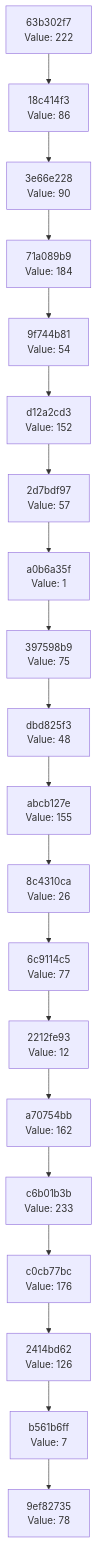
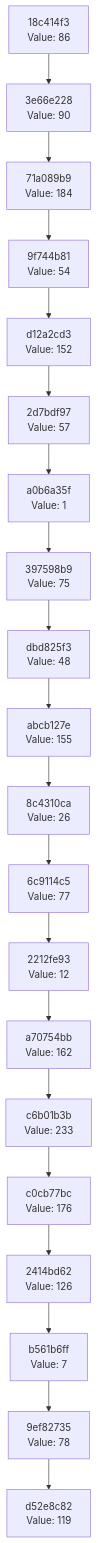
Before and after one commit to Abhisheksinha1506/hash-chain-evolver: the diagram in docs/CHAIN_VISUALIZATION.md, drawn with Mermaid. The commit also changed 3 other files, not shown here.

````diff
--- a/docs/CHAIN_VISUALIZATION.md
+++ b/docs/CHAIN_VISUALIZATION.md
@@ -3,42 +3,42 @@
 ```mermaid
 graph TD
-    C0["9ef82735<br/>Value: 78"]
-    C1["b561b6ff<br/>Value: 7"]
+    C0["d52e8c82<br/>Value: 119"]
+    C1["9ef82735<br/>Value: 78"]
     C1 --> C0
-    C2["2414bd62<br/>Value: 126"]
+    C2["b561b6ff<br/>Value: 7"]
     C2 --> C1
-    C3["c0cb77bc<br/>Value: 176"]
+    C3["2414bd62<br/>Value: 126"]
     C3 --> C2
-    C4["c6b01b3b<br/>Value: 233"]
+    C4["c0cb77bc<br/>Value: 176"]
     C4 --> C3
-    C5["a70754bb<br/>Value: 162"]
+    C5["c6b01b3b<br/>Value: 233"]
     C5 --> C4
-    C6["2212fe93<br/>Value: 12"]
+    C6["a70754bb<br/>Value: 162"]
     C6 --> C5
-    C7["6c9114c5<br/>Value: 77"]
+    C7["2212fe93<br/>Value: 12"]
     C7 --> C6
-    C8["8c4310ca<br/>Value: 26"]
+    C8["6c9114c5<br/>Value: 77"]
     C8 --> C7
-    C9["abcb127e<br/>Value: 155"]
+    C9["8c4310ca<br/>Value: 26"]
     C9 --> C8
-    C10["dbd825f3<br/>Value: 48"]
+    C10["abcb127e<br/>Value: 155"]
     C10 --> C9
-    C11["397598b9<br/>Value: 75"]
+    C11["dbd825f3<br/>Value: 48"]
     C11 --> C10
-    C12["a0b6a35f<br/>Value: 1"]
+    C12["397598b9<br/>Value: 75"]
     C12 --> C11
-    C13["2d7bdf97<br/>Value: 57"]
+    C13["a0b6a35f<br/>Value: 1"]
     C13 --> C12
-    C14["d12a2cd3<br/>Value: 152"]
+    C14["2d7bdf97<br/>Value: 57"]
     C14 --> C13
-    C15["9f744b81<br/>Value: 54"]
+    C15["d12a2cd3<br/>Value: 152"]
     C15 --> C14
-    C16["71a089b9<br/>Value: 184"]
+    C16["9f744b81<br/>Value: 54"]
     C16 --> C15
-    C17["3e66e228<br/>Value: 90"]
+    C17["71a089b9<br/>Value: 184"]
     C17 --> C16
-    C18["18c414f3<br/>Value: 86"]
+    C18["3e66e228<br/>Value: 90"]
     C18 --> C17
-    C19["63b302f7<br/>Value: 222"]
+    C19["18c414f3<br/>Value: 86"]
     C19 --> C18
 ```
````
